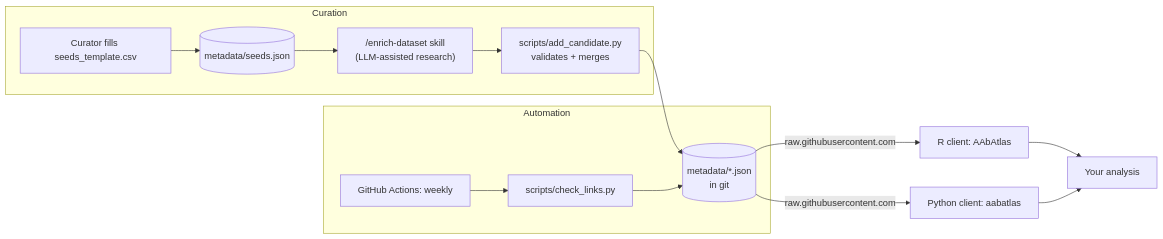
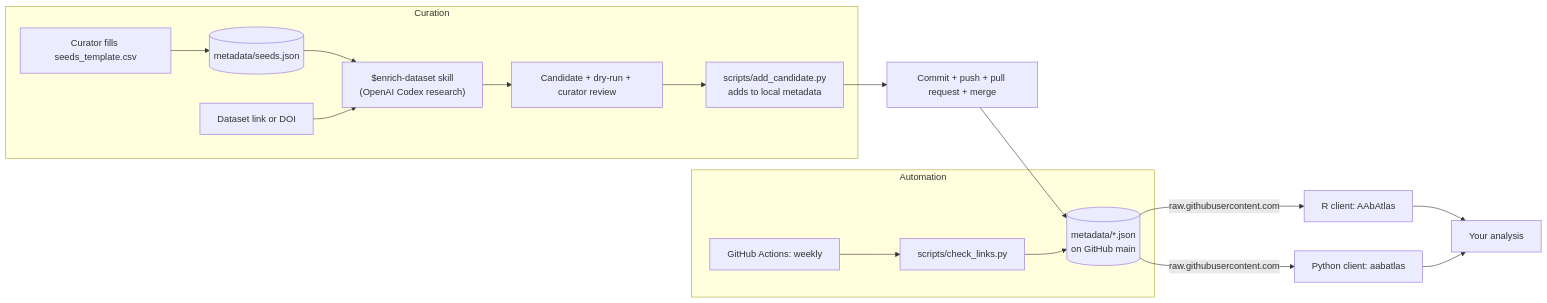
Before and after one commit to ahcm088/antibodyome-atlas: the diagram in README.md, drawn with Mermaid. The commit also changed other lines of this file and 1 other file, not shown here.

First line of the commit message:
Move enrich-dataset skill to Codex and add step-by-step update guide

````diff
--- a/README.md
+++ b/README.md
@@ -25,17 +36,20 @@
 ```mermaid
 flowchart LR
     subgraph Curation
         A["Curator fills seeds_template.csv"] --> B[("metadata/seeds.json")]
-        B --> C["/enrich-dataset skill<br/>(LLM-assisted research)"]
-        C --> D["scripts/add_candidate.py<br/>validates + merges"]
+        B --> C["$enrich-dataset skill<br/>(OpenAI Codex research)"]
+        L["Dataset link or DOI"] --> C
+        C --> V["Candidate + dry-run + curator review"]
+        V --> D["scripts/add_candidate.py<br/>adds to local metadata"]
     end
-    D --> E[("metadata/*.json<br/>in git")]
+    D --> P["Commit + push + pull request + merge"]
+    P --> E[("metadata/*.json<br/>on GitHub main")]
     subgraph Automation
         F["GitHub Actions: weekly"] --> G["scripts/check_links.py"]
         G --> E
     end
     E -- raw.githubusercontent.com --> H["R client: AAbAtlas"]
     E -- raw.githubusercontent.com --> I["Python client: aabatlas"]
     H --> J["Your analysis"]
     I --> J
 ```
````
